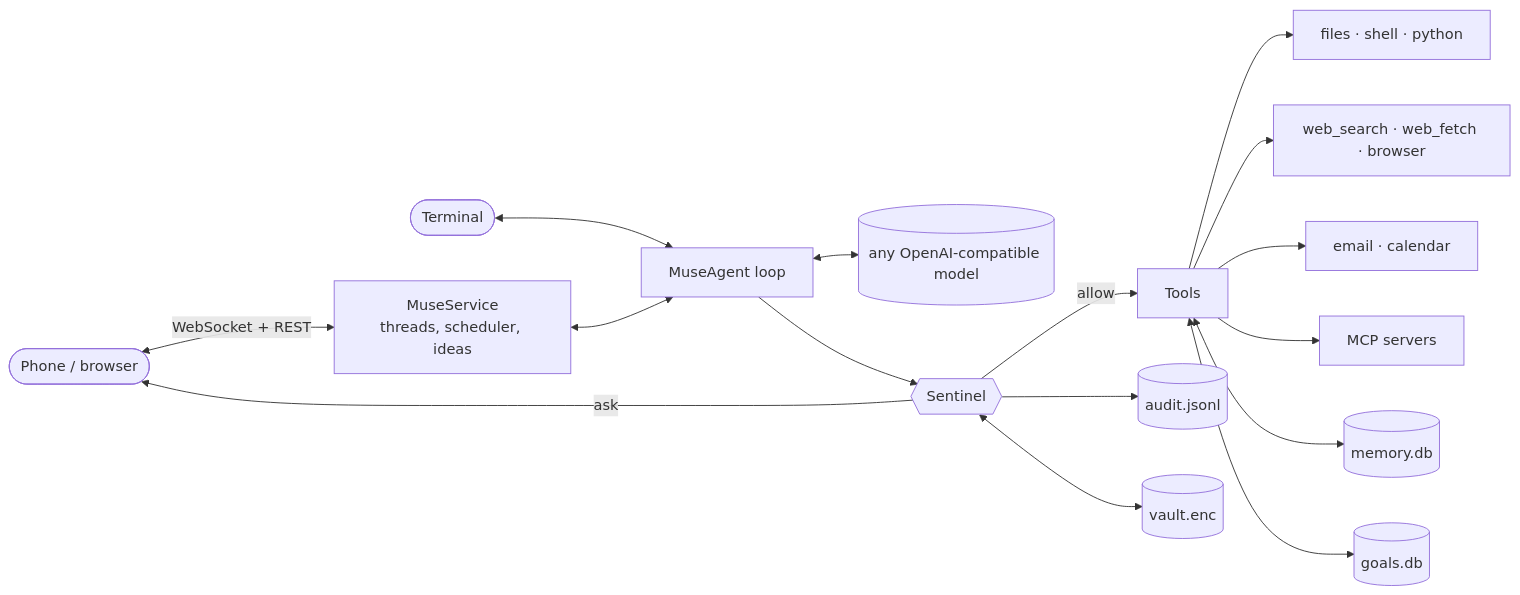
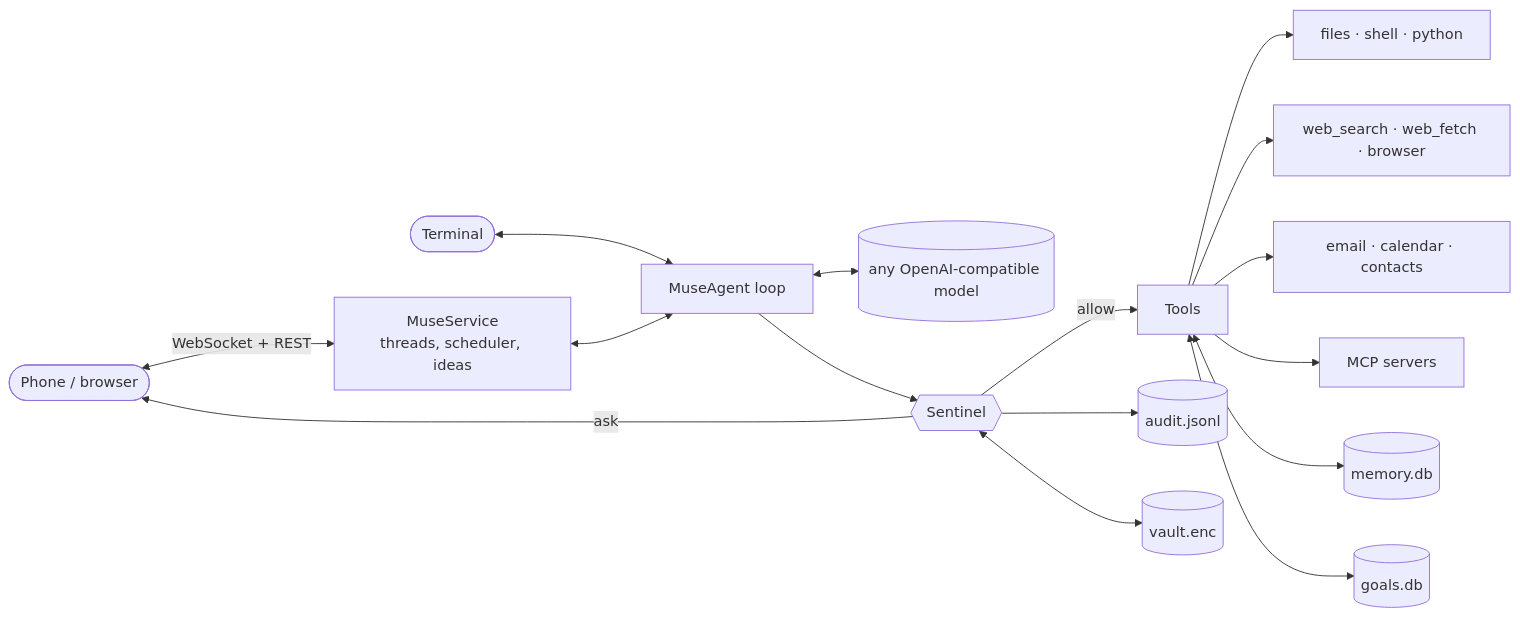
The diagram in README.md (ArthurLemaire/CypherOS), drawn with Mermaid before and after one commit. The commit also changed other lines of this file and 32 other files, not shown here.

````diff
--- a/README.md
+++ b/README.md
@@ -182,18 +182,18 @@
 ```mermaid
 flowchart LR
     P([Phone / browser]) <-- WebSocket + REST --> S[MuseService<br/>threads, scheduler, ideas]
     C([Terminal]) <--> A
     S <--> A[MuseAgent loop]
     A <--> LLM[(any OpenAI-compatible model)]
     A --> G{{Sentinel}}
     G -- allow --> T[Tools]
     G -- ask --> P
     G --> AU[(audit.jsonl)]
     G <--> V[(vault.enc)]
     T --> F[files · shell · python]
     T --> W[web_search · web_fetch · browser]
-    T --> E[email · calendar]
+    T --> E[email · calendar · contacts]
     T --> MCP[MCP servers]
     T <--> M[(memory.db)]
     T <--> GO[(goals.db)]
 ```
````
